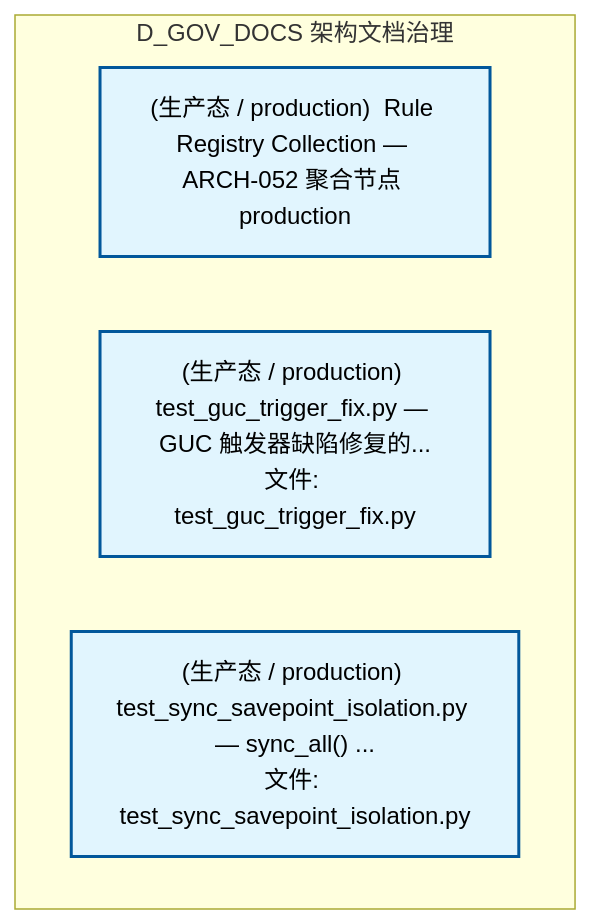
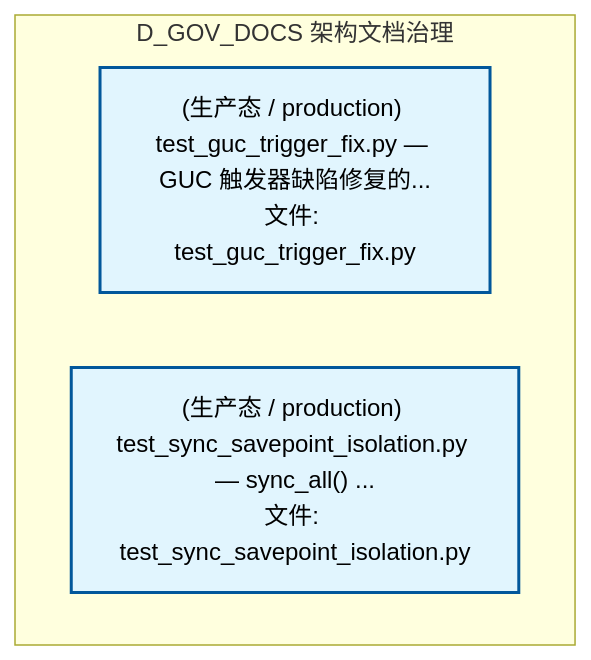
The second of 3 diagrams in docs/02_enterprise_architecture/02_domain_architecture_docs/51_d_gov_docs.md (xuanFelixVan/ZephyrAlpha), drawn with Mermaid before and after one commit. The commit also changed other lines of this file and 79 other files, not shown here.

````diff
--- a/docs/02_enterprise_architecture/02_domain_architecture_docs/51_d_gov_docs.md
+++ b/docs/02_enterprise_architecture/02_domain_architecture_docs/51_d_gov_docs.md
@@ -232,13 +129,12 @@
 ```mermaid
 graph TD
     subgraph D_GOV_DOCS["D_GOV_DOCS 架构文档治理"]
-        docs_01_policies_and_standards_registry_catalogs_rule_registry_collection_yaml["(生产态 / production)  Rule Registry Collection — ARCH-052 聚合节点 production"]
         tests_governance_d8_doc_sync_test_guc_trigger_fix_py["(生产态 / production) test_guc_trigger_fix.py — GUC 触发器缺陷修复的...<br/>文件: test_guc_trigger_fix.py"]
         tests_governance_d8_doc_sync_test_sync_savepoint_isolation_py["(生产态 / production) test_sync_savepoint_isolation.py — sync_all() ...<br/>文件: test_sync_savepoint_isolation.py"]
     end
     classDef production fill:#e1f5fe,stroke:#01579b,stroke-width:2px,color:#000
     classDef design fill:#fff3e0,stroke:#e65100,stroke-width:2px,color:#000,stroke-dasharray: 5 5
     classDef external_prod fill:#e8f5e9,stroke:#1b5e20,stroke-width:1px,color:#000
     classDef external_design fill:#fce4ec,stroke:#880e4f,stroke-width:1px,color:#000,stroke-dasharray: 5 5
-    class docs_01_policies_and_standards_registry_catalogs_rule_registry_collection_yaml,tests_governance_d8_doc_sync_test_guc_trigger_fix_py,tests_governance_d8_doc_sync_test_sync_savepoint_isolation_py production
+    class tests_governance_d8_doc_sync_test_guc_trigger_fix_py,tests_governance_d8_doc_sync_test_sync_savepoint_isolation_py production
 ```
````
